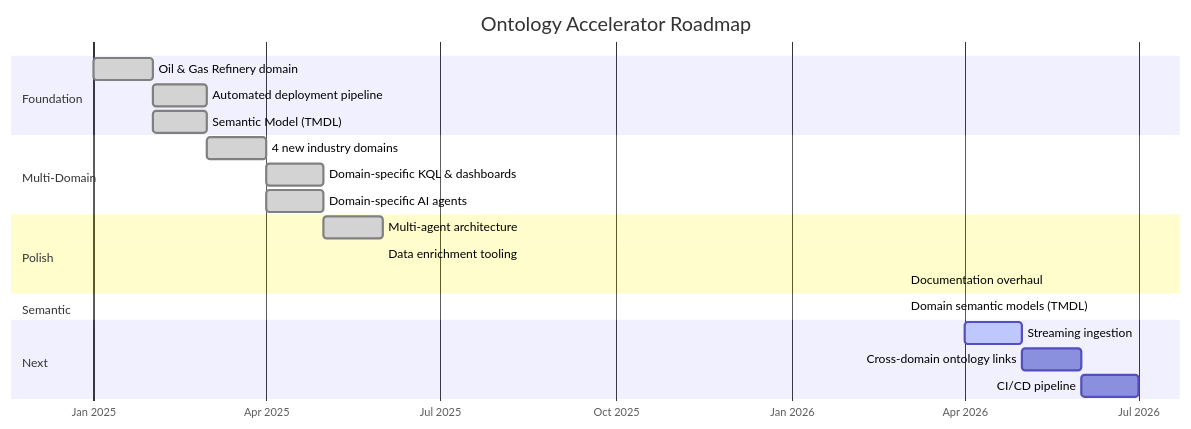
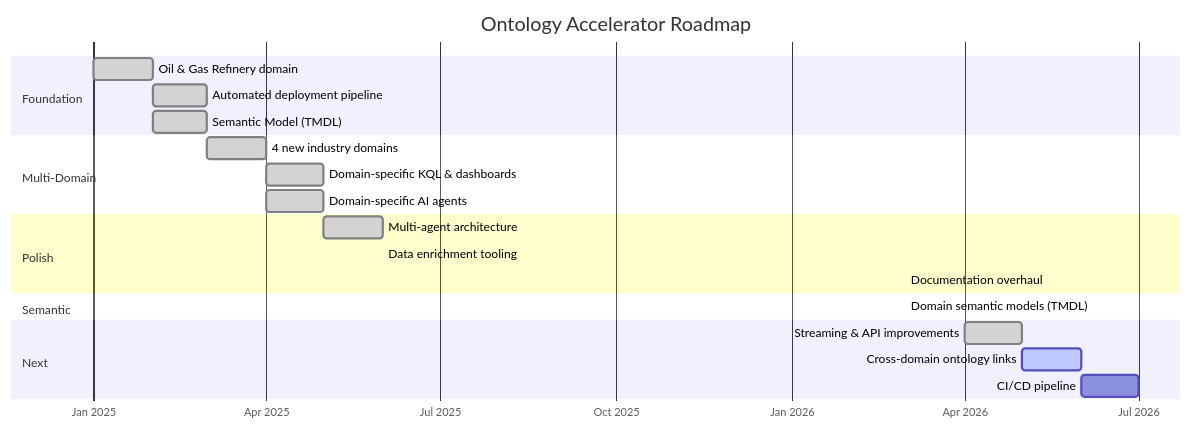
Before and after one commit to cyphou/Ontology-RTI: the diagram in DEVELOPMENT_PLAN.md, drawn with Mermaid. The commit also changed other lines of this file and 14 other files, not shown here.

First line of the commit message:
Sprint 8: API improvements - Eventstream, GQS definition push, Dashboard v52

````diff
--- a/DEVELOPMENT_PLAN.md
+++ b/DEVELOPMENT_PLAN.md
@@ -20,29 +20,29 @@
 ```mermaid
 gantt
     title Ontology Accelerator Roadmap
     dateFormat YYYY-MM
     axisFormat %b %Y
 
     section Foundation
     Oil & Gas Refinery domain           :done, s1, 2025-01, 2025-02
     Automated deployment pipeline       :done, s2, 2025-02, 2025-03
     Semantic Model (TMDL)               :done, s3, 2025-02, 2025-03
 
     section Multi-Domain
     4 new industry domains              :done, s4, 2025-03, 2025-04
     Domain-specific KQL & dashboards    :done, s5, 2025-04, 2025-05
     Domain-specific AI agents           :done, s6, 2025-04, 2025-05
 
     section Polish
     Multi-agent architecture            :done, s7, 2025-05, 2025-06
     Data enrichment tooling             :done, s8, 2025-06, 2025-06
     Documentation overhaul              :done, s9, 2026-03, 2026-03
 
     section Semantic
     Domain semantic models (TMDL)       :done, s10, 2026-03, 2026-03
 
     section Next
-    Streaming ingestion                 :active, s11, 2026-04, 2026-05
-    Cross-domain ontology links         :s12, 2026-05, 2026-06
+    Streaming & API improvements        :done, s11, 2026-04, 2026-05
+    Cross-domain ontology links         :active, s12, 2026-05, 2026-06
     CI/CD pipeline                      :s13, 2026-06, 2026-07
 ```
````
